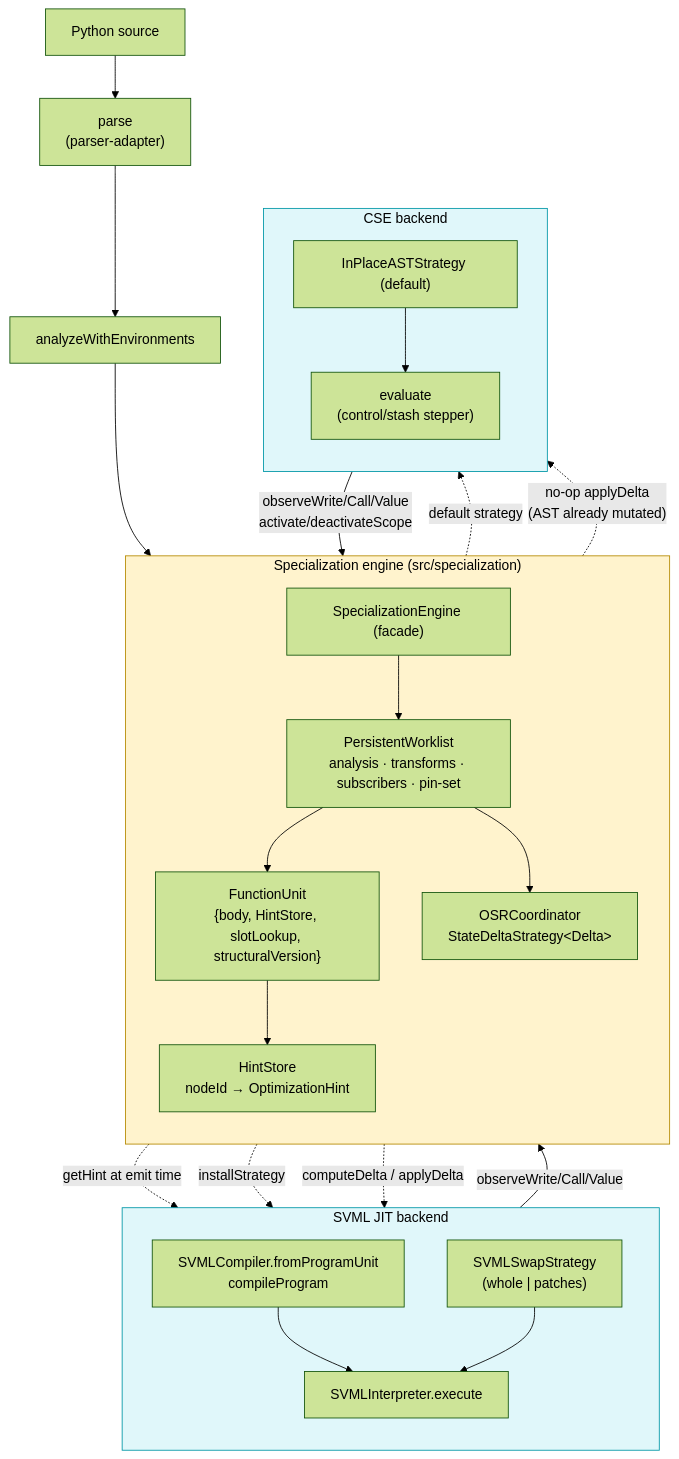
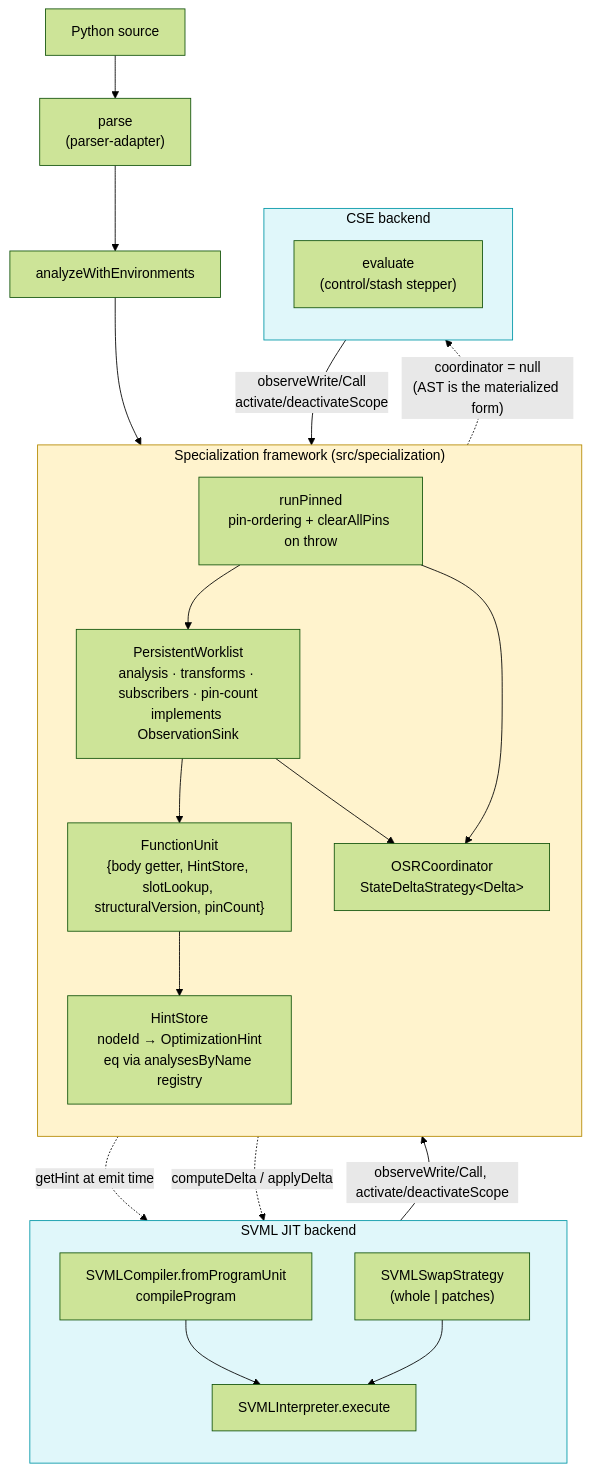
One commit to loyaltypollution/py-slang changed the sixth of 6 diagrams in docs/compilation-flow.md. Above: the diagram before and after it, drawn with Mermaid (forest theme). The commit also changed other lines of this file and 2 other files, not shown here.

Commit message:
docs: refresh roadmap + compilation-flow; absorb cleanup-plan gaps into roadmap D1–D7

````diff
--- a/docs/compilation-flow.md
+++ b/docs/compilation-flow.md
@@ -309,48 +337,46 @@
 ```mermaid
 flowchart TB
     SRC["Python source"]
     PARSE["parse<br/>(parser-adapter)"]
     RESOLVE["analyzeWithEnvironments"]
     SRC --> PARSE --> RESOLVE
 
-    subgraph SPEC["Specialization engine (src/specialization)"]
+    subgraph SPEC["Specialization framework (src/specialization)"]
       direction TB
-      ENG["SpecializationEngine (facade)"]
-      WL["PersistentWorklist<br/>analysis · transforms · subscribers · pin-set"]
-      UNIT["FunctionUnit<br/>{body, HintStore, slotLookup, structuralVersion}"]
-      HS["HintStore<br/>nodeId → OptimizationHint"]
+      WL["PersistentWorklist<br/>analysis · transforms · subscribers · pin-count<br/>implements ObservationSink"]
+      UNIT["FunctionUnit<br/>{body getter, HintStore, slotLookup, structuralVersion, pinCount}"]
+      HS["HintStore<br/>nodeId → OptimizationHint<br/>eq via analysesByName registry"]
       OSR["OSRCoordinator<br/>StateDeltaStrategy&lt;Delta&gt;"]
-      ENG --> WL --> UNIT
+      RP["runPinned<br/>pin-ordering + clearAllPins on throw"]
+      WL --> UNIT
       UNIT --> HS
       WL --> OSR
+      RP --> WL
+      RP --> OSR
     end
-    RESOLVE --> ENG
+    RESOLVE --> WL
 
     subgraph SVML["SVML JIT backend"]
       direction TB
       COMP["SVMLCompiler.fromProgramUnit<br/>compileProgram"]
       INT["SVMLInterpreter.execute"]
       STRAT["SVMLSwapStrategy<br/>(whole | patches)"]
       COMP --> INT
       STRAT --> INT
     end
     UNIT -. "getHint at emit time" .-> COMP
-    ENG -. "installStrategy" .-> STRAT
     OSR -. "computeDelta / applyDelta" .-> STRAT
-    INT -- "observeWrite/Call/Value" --> WL
+    INT -- "observeWrite/Call, activate/deactivateScope" --> WL
 
     subgraph CSE["CSE backend"]
       direction TB
       EXEC["evaluate<br/>(control/stash stepper)"]
-      STRATC["InPlaceASTStrategy (default)"]
-      STRATC --> EXEC
     end
-    ENG -. "default strategy" .-> STRATC
-    OSR -. "no-op applyDelta<br/>(AST already mutated)" .-> STRATC
-    EXEC -- "observeWrite/Call/Value<br/>activate/deactivateScope" --> WL
+    RP -. "coordinator = null<br/>(AST is the materialized form)" .-> EXEC
+    EXEC -- "observeWrite/Call<br/>activate/deactivateScope" --> WL
 
     classDef engine fill:#fff3cd,stroke:#b58900,color:#000;
     classDef backend fill:#e0f7fa,stroke:#0097a7,color:#000;
     class SPEC engine;
     class SVML,CSE backend;
 ```
````
